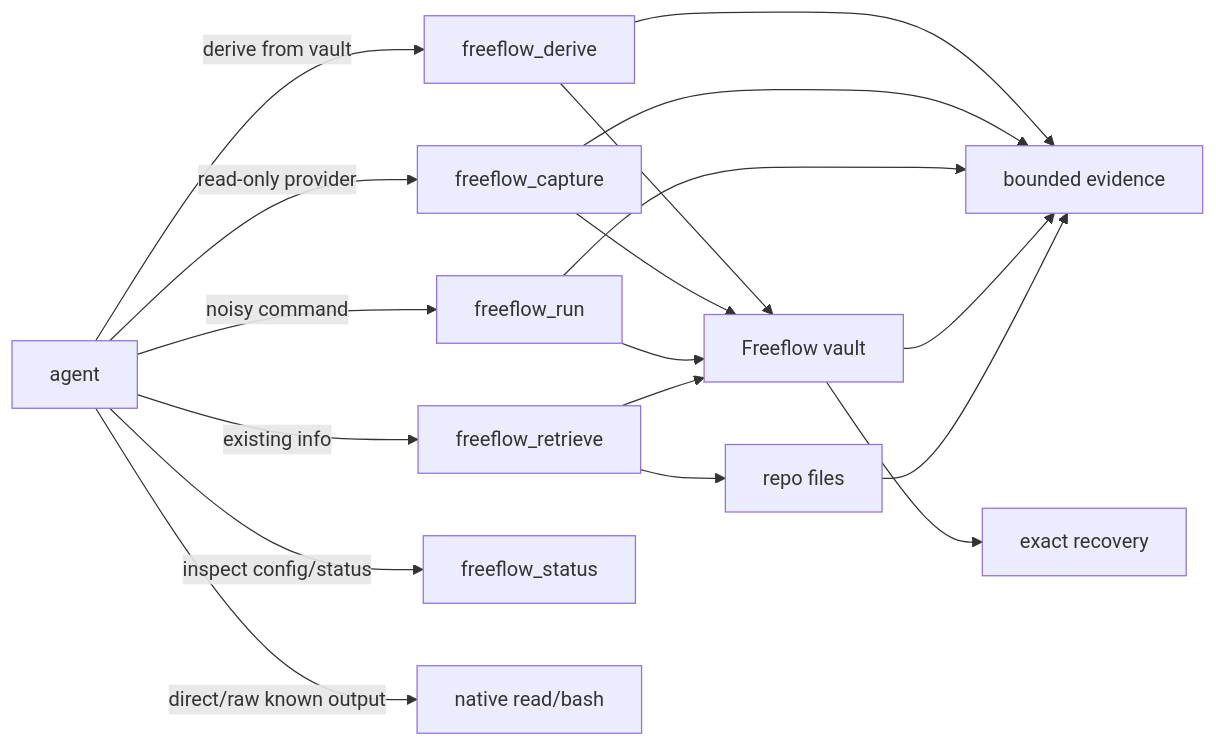
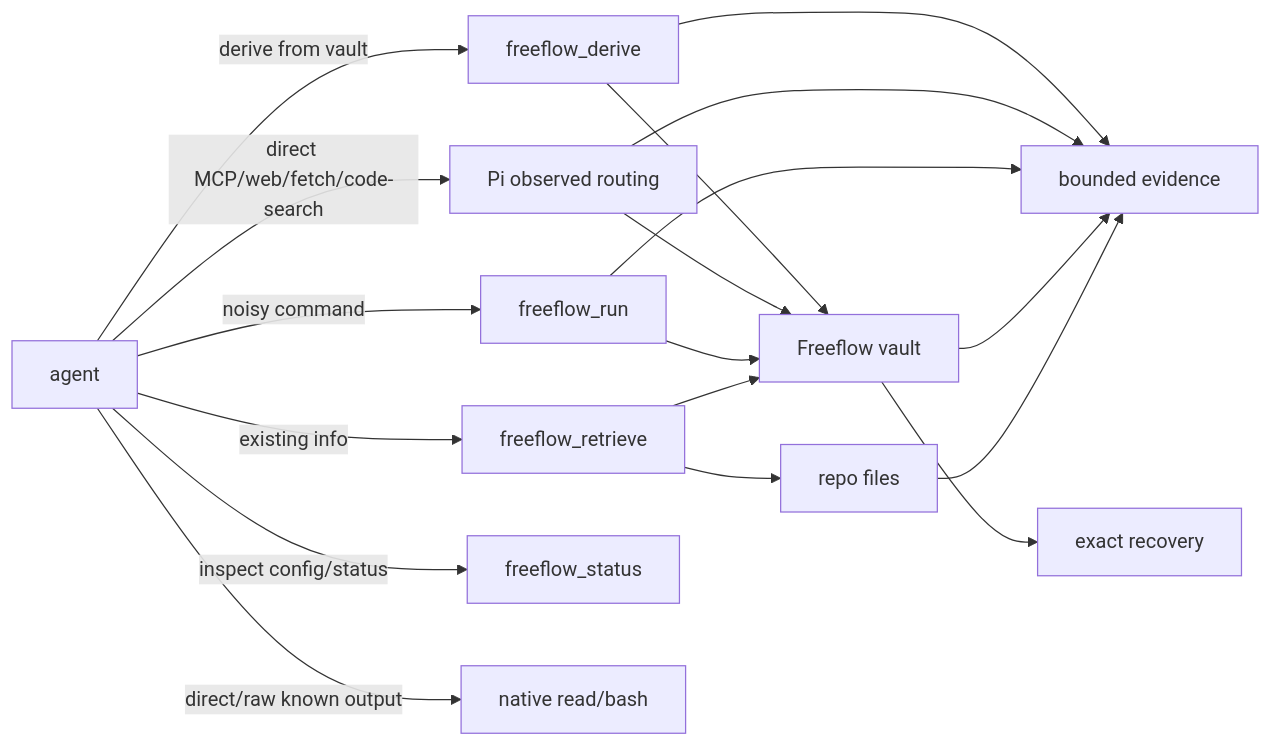
The diagram in plugins/freeflow/docs/output-router.md (hassan-mohiddin/freeflow), drawn with Mermaid before and after one commit. The commit also changed other lines of this file and 88 other files, not shown here.

First line of the commit message:
Add observed routing and vault index gates

````diff
--- a/plugins/freeflow/docs/output-router.md
+++ b/plugins/freeflow/docs/output-router.md
@@ -33,30 +33,30 @@
 ```mermaid
 flowchart LR
   Agent[agent]
   Retrieve[freeflow_retrieve]
   Run[freeflow_run]
   Repo[repo files]
   Vault[Freeflow vault]
-  Capture[freeflow_capture]
+  Observed[Pi observed routing]
   Derive[freeflow_derive]
   Status[freeflow_status]
   Native[native read/bash]
   Evidence[bounded evidence]
   Raw[exact recovery]
 
   Agent -->|existing info| Retrieve
   Agent -->|noisy command| Run
-  Agent -->|read-only provider| Capture
+  Agent -->|direct MCP/web/fetch/code-search| Observed
   Agent -->|derive from vault| Derive
   Agent -->|inspect config/status| Status
   Agent -->|direct/raw known output| Native
   Retrieve --> Repo --> Evidence
   Retrieve --> Vault --> Evidence
   Run --> Vault
-  Capture --> Vault
+  Observed --> Vault
   Derive --> Vault
   Run --> Evidence
-  Capture --> Evidence
+  Observed --> Evidence
   Derive --> Evidence
   Vault --> Raw
 ```
````
